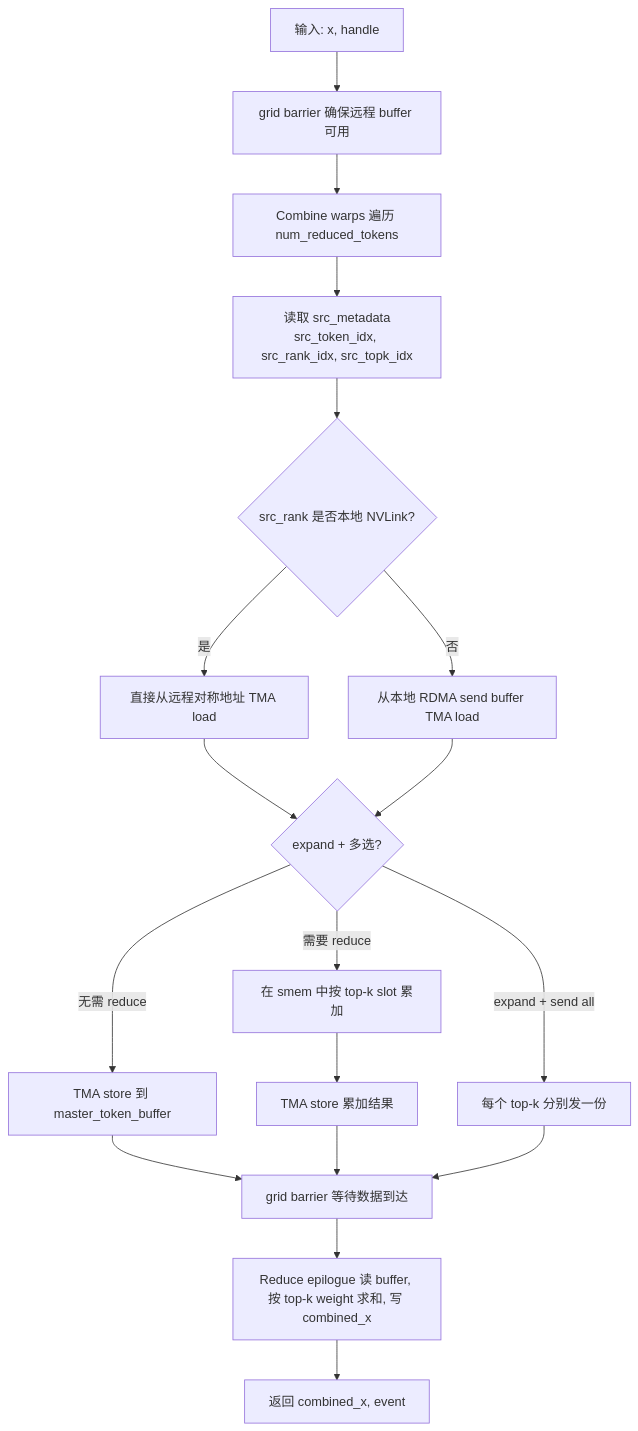
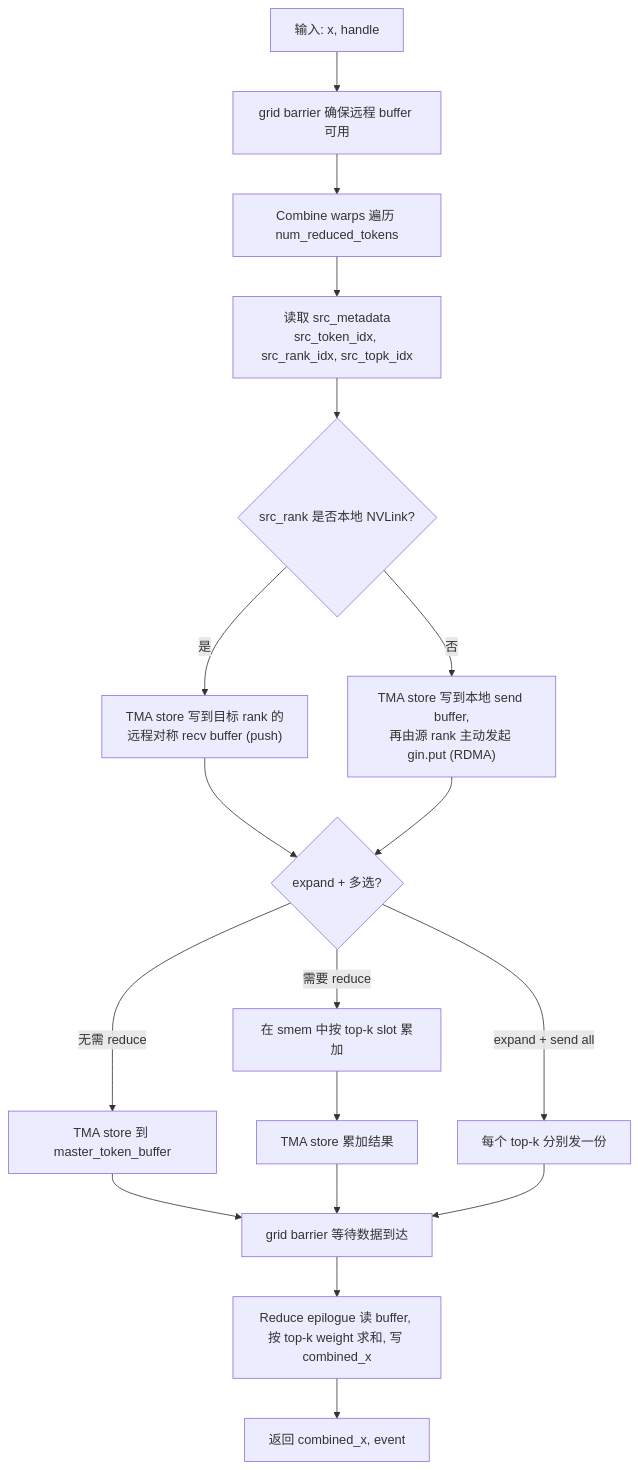
One commit to s0okiym/DeepEP changed the seventh of 8 diagrams in notes/deep_ep_explained.md. Above: the diagram before and after it, drawn with Mermaid. The commit also changed other lines of this file, not shown here.

````diff
--- a/notes/deep_ep_explained.md
+++ b/notes/deep_ep_explained.md
@@ -579,20 +584,20 @@
 ```mermaid
 flowchart TD
     A["输入: x, handle"] --> B["grid barrier 确保远程 buffer 可用"]
     B --> C["Combine warps 遍历 num_reduced_tokens"]
     C --> D["读取 src_metadata<br/>src_token_idx, src_rank_idx, src_topk_idx"]
     D --> E{"src_rank 是否本地 NVLink?"}
-    E -- 是 --> F["直接从远程对称地址 TMA load"]
-    E -- 否 --> G["从本地 RDMA send buffer TMA load"]
+    E -- 是 --> F["TMA store 写到目标 rank 的<br/>远程对称 recv buffer (push)"]
+    E -- 否 --> G["TMA store 写到本地 send buffer,<br/>再由源 rank 主动发起 gin.put (RDMA)"]
     F --> H{"expand + 多选?"}
     G --> H
     H -- 无需 reduce --> I["TMA store 到 master_token_buffer"]
     H -- 需要 reduce --> J["在 smem 中按 top-k slot 累加"]
     J --> K["TMA store 累加结果"]
     H -- expand + send all --> L["每个 top-k 分别发一份"]
     I --> M["grid barrier 等待数据到达"]
     K --> M
     L --> M
     M --> N["Reduce epilogue 读 buffer, 按 top-k weight 求和, 写 combined_x"]
     N --> O["返回 combined_x, event"]
 ```
````
